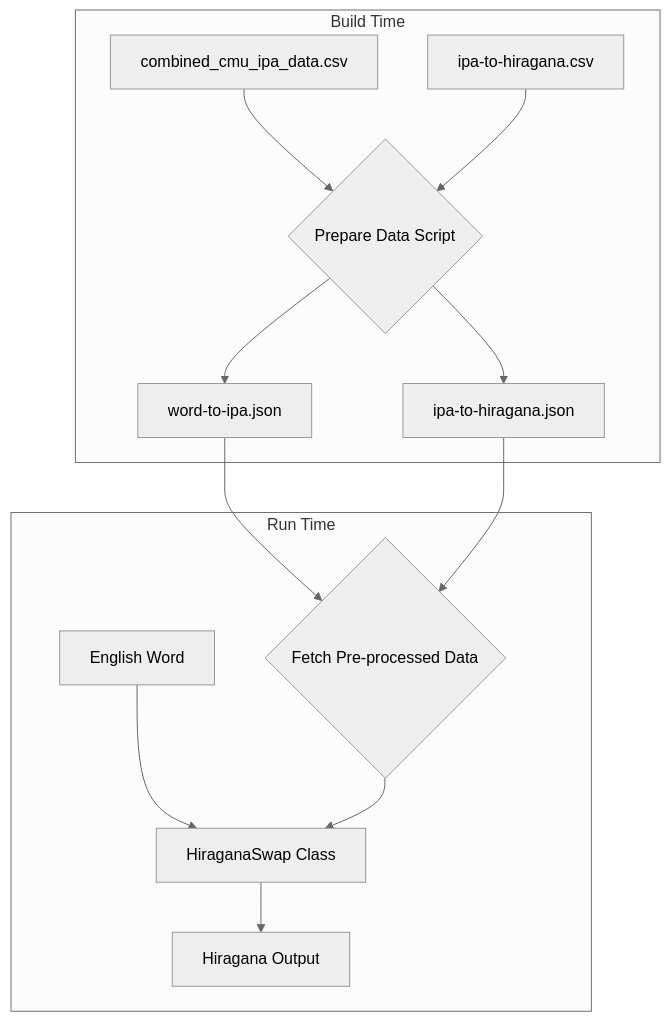
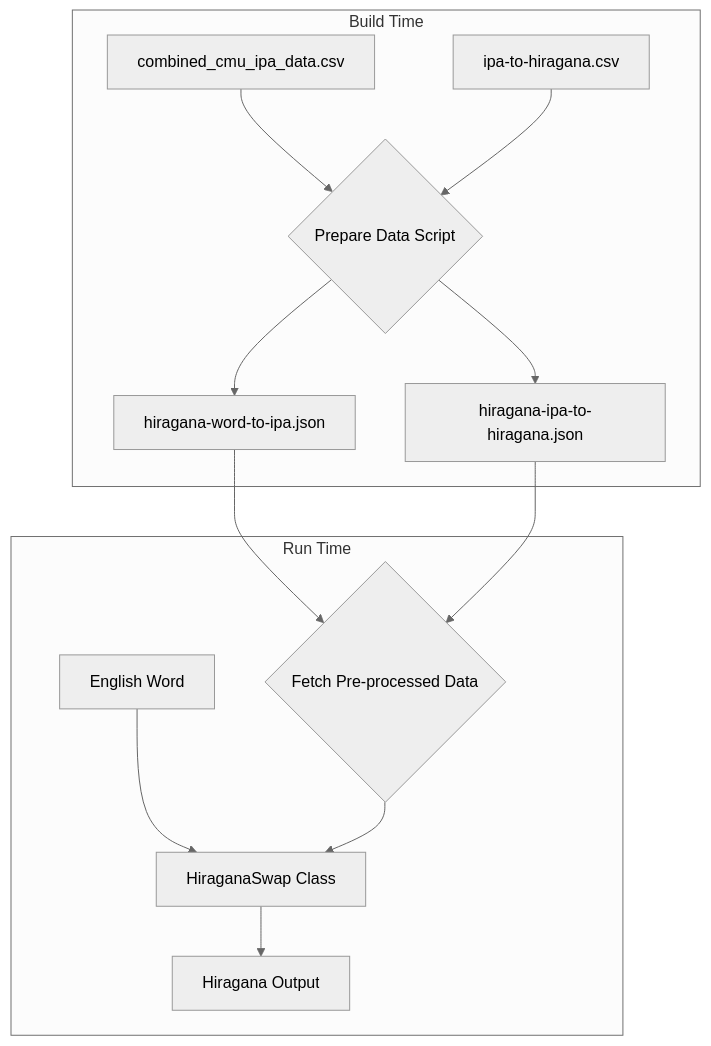
Before and after one commit to scpedicini/glyph-shift: the diagram in HIRAGANA_IMPLEMENTATION_PLAN_REVISED.md, drawn with Mermaid (neutral theme). The commit also changed other lines of this file and 2 other files, not shown here.

Commit message:
refactor: update implementation plan and data processing scripts for HiraganaSwap; rename output JSON files and adjust README documentation

````diff
--- a/HIRAGANA_IMPLEMENTATION_PLAN_REVISED.md
+++ b/HIRAGANA_IMPLEMENTATION_PLAN_REVISED.md
@@ -9,17 +9,17 @@
 ```mermaid
 graph TD
     subgraph Build Time
         A[combined_cmu_ipa_data.csv] --> B{Prepare Data Script};
         C[ipa-to-hiragana.csv] --> B;
-        B --> D[word-to-ipa.json];
-        B --> E[ipa-to-hiragana.json];
+        B --> D[hiragana-word-to-ipa.json];
+        B --> E[hiragana-ipa-to-hiragana.json];
     end
 
     subgraph Run Time
         F[English Word] --> G[HiraganaSwap Class];
         D --> H{Fetch Pre-processed Data};
         E --> H;
         H --> G;
         G --> I[Hiragana Output];
     end
 ```
````
